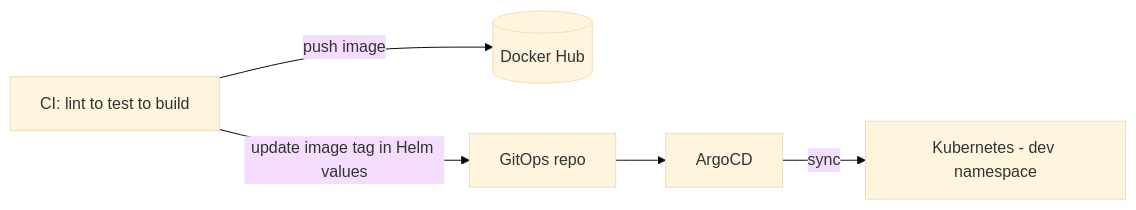
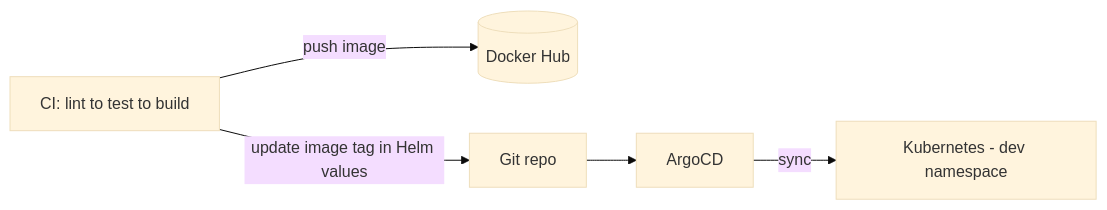
One commit to Karnz1/incident_platform changed the second of 2 diagrams in README.md. Above: the diagram before and after it, drawn with Mermaid (base theme). The commit also changed 1 other file, not shown here.

````diff
--- a/README.md
+++ b/README.md
@@ -107,7 +107,7 @@
 ```mermaid
 flowchart LR
     CI[CI: lint to test to build] -->|push image| DH[(Docker Hub)]
-    CI -->|update image tag in Helm values| GR[GitOps repo]
+    CI -->|update image tag in Helm values| GR[Git repo]
     GR --> Argo[ArgoCD]
     Argo -->|sync| K8s[Kubernetes - dev namespace]
 ```
````
